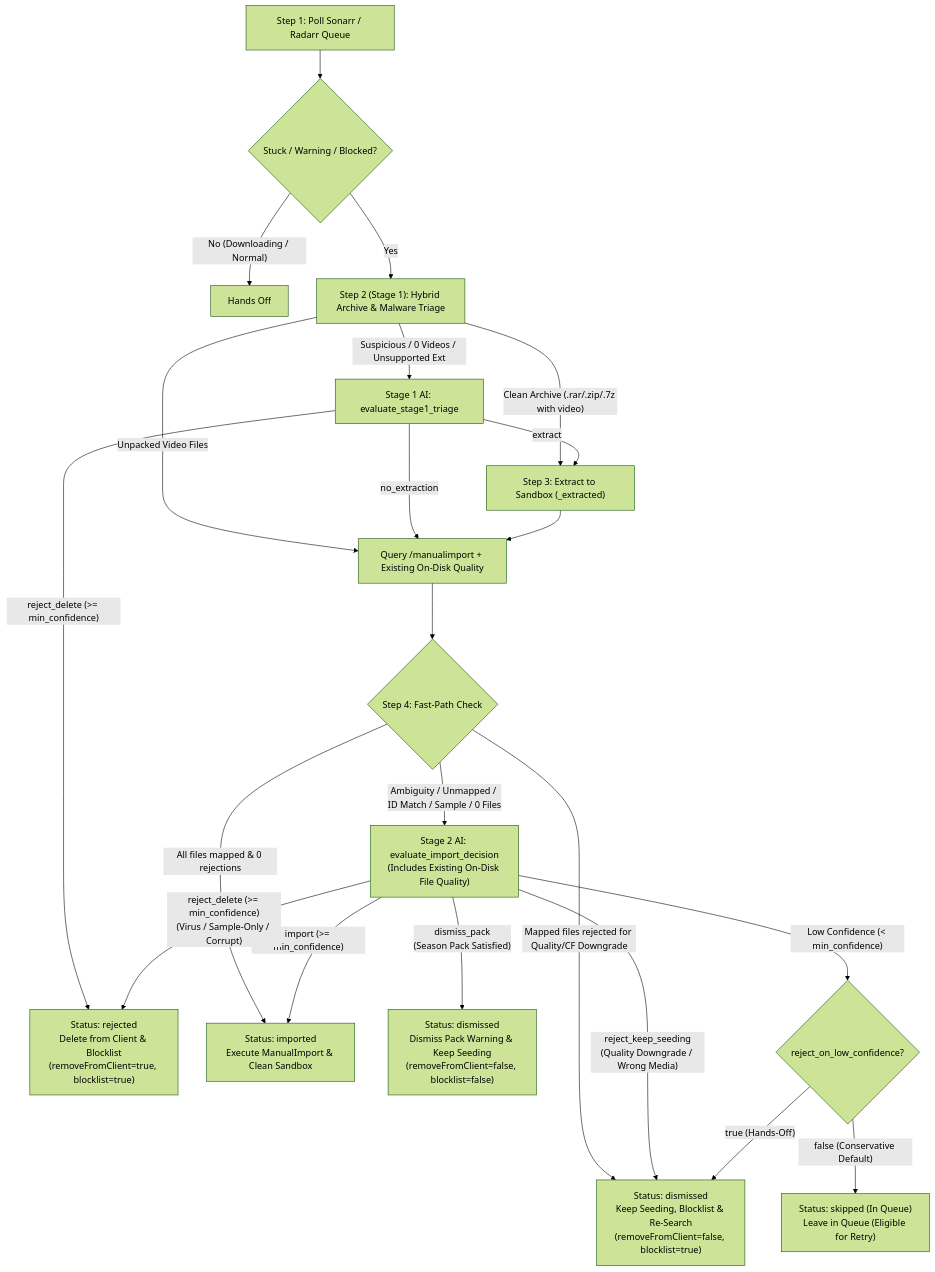
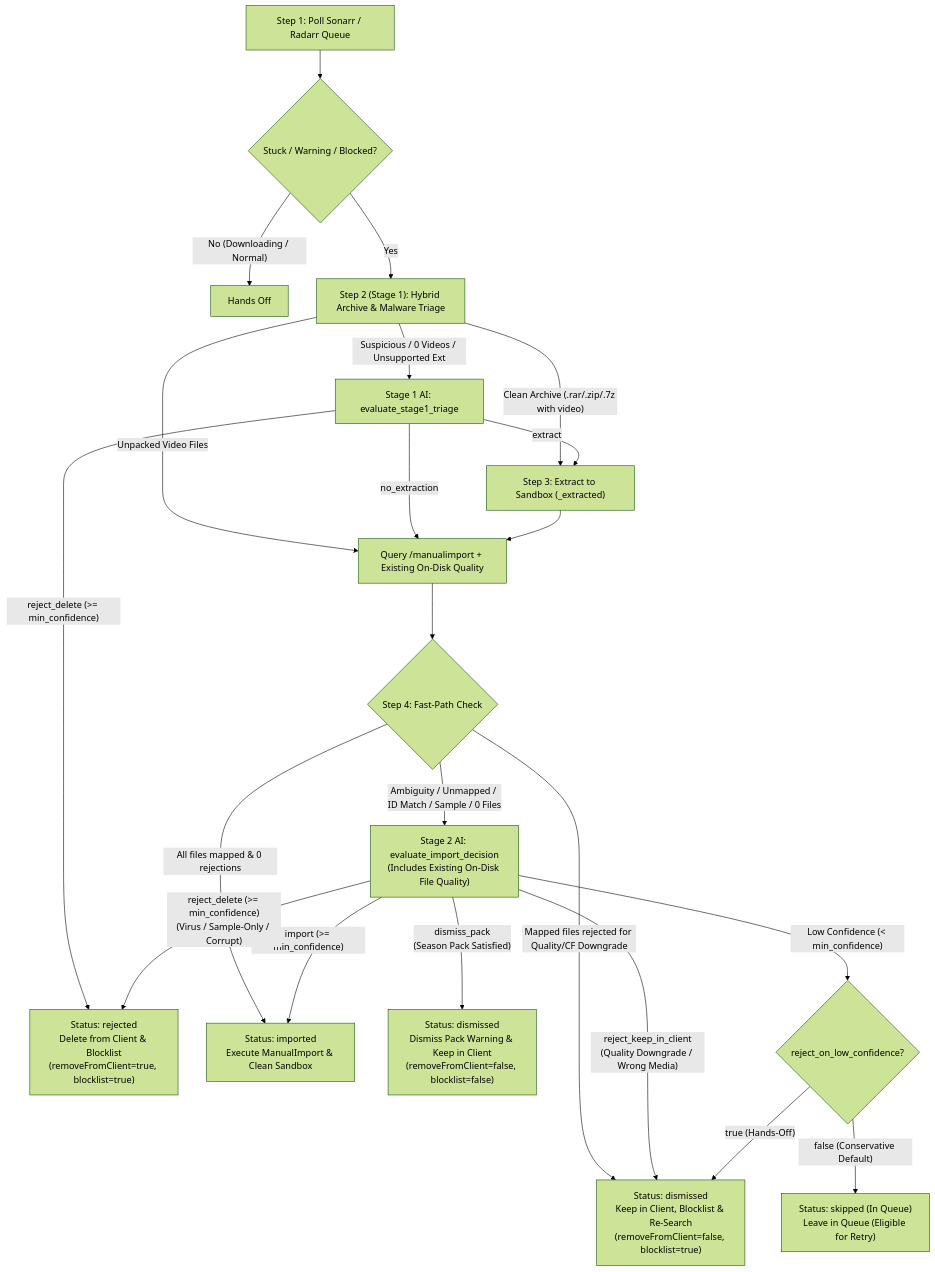
Before and after one commit to willyzha/aimportarr: the diagram in docs/ARCHITECTURE.md, drawn with Mermaid (forest theme). The commit also changed other lines of this file and 20 other files, not shown here.

````diff
--- a/docs/ARCHITECTURE.md
+++ b/docs/ARCHITECTURE.md
@@ -29,29 +29,29 @@
 ```mermaid
 flowchart TD
     A["Step 1: Poll Sonarr / Radarr Queue"] --> B{"Stuck / Warning / Blocked?"}
     B -- "No (Downloading / Normal)" --> Z["Hands Off"]
     B -- "Yes" --> C["Step 2 (Stage 1): Hybrid Archive & Malware Triage"]
 
     C -- "Clean Archive (.rar/.zip/.7z with video)" --> D["Step 3: Extract to Sandbox (<stem>_extracted)"]
     C -- "Unpacked Video Files" --> E["Query /manualimport + Existing On-Disk Quality"]
     C -- "Suspicious / 0 Videos / Unsupported Ext" --> C_AI["Stage 1 AI: evaluate_stage1_triage"]
 
     C_AI -- "extract" --> D
     C_AI -- "no_extraction" --> E
     C_AI -- "reject_delete (>= min_confidence)" --> R_DEL["Status: rejected\nDelete from Client & Blocklist\n(removeFromClient=true, blocklist=true)"]
 
     D --> E
     E --> FP{"Step 4: Fast-Path Check"}
 
     FP -- "All files mapped & 0 rejections" --> G["Status: imported\nExecute ManualImport & Clean Sandbox"]
-    FP -- "Mapped files rejected for Quality/CF Downgrade" --> R_SEED["Status: dismissed\nKeep Seeding, Blocklist & Re-Search\n(removeFromClient=false, blocklist=true)"]
+    FP -- "Mapped files rejected for Quality/CF Downgrade" --> R_KEEP["Status: dismissed\nKeep in Client, Blocklist & Re-Search\n(removeFromClient=false, blocklist=true)"]
     FP -- "Ambiguity / Unmapped / ID Match / Sample / 0 Files" --> F["Stage 2 AI: evaluate_import_decision\n(Includes Existing On-Disk File Quality)"]
 
     F -- "import (>= min_confidence)" --> G
-    F -- "reject_keep_seeding\n(Quality Downgrade / Wrong Media)" --> R_SEED
+    F -- "reject_keep_in_client\n(Quality Downgrade / Wrong Media)" --> R_KEEP
     F -- "reject_delete (>= min_confidence)\n(Virus / Sample-Only / Corrupt)" --> R_DEL
-    F -- "dismiss_pack\n(Season Pack Satisfied)" --> R_DISM["Status: dismissed\nDismiss Pack Warning & Keep Seeding\n(removeFromClient=false, blocklist=false)"]
+    F -- "dismiss_pack\n(Season Pack Satisfied)" --> R_DISM["Status: dismissed\nDismiss Pack Warning & Keep in Client\n(removeFromClient=false, blocklist=false)"]
     F -- "Low Confidence (< min_confidence)" --> LC{"reject_on_low_confidence?"}
     LC -- "false (Conservative Default)" --> SKIP["Status: skipped (In Queue)\nLeave in Queue (Eligible for Retry)"]
-    LC -- "true (Hands-Off)" --> R_SEED
+    LC -- "true (Hands-Off)" --> R_KEEP
 ```
````
